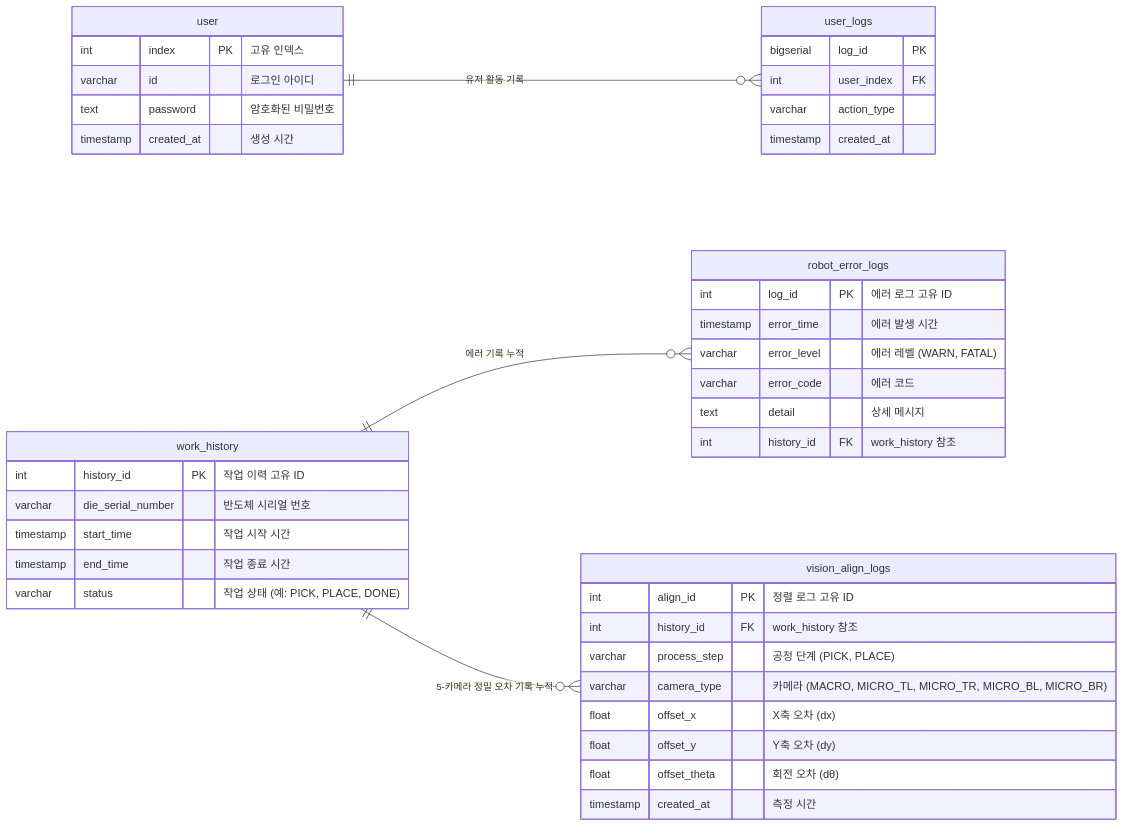
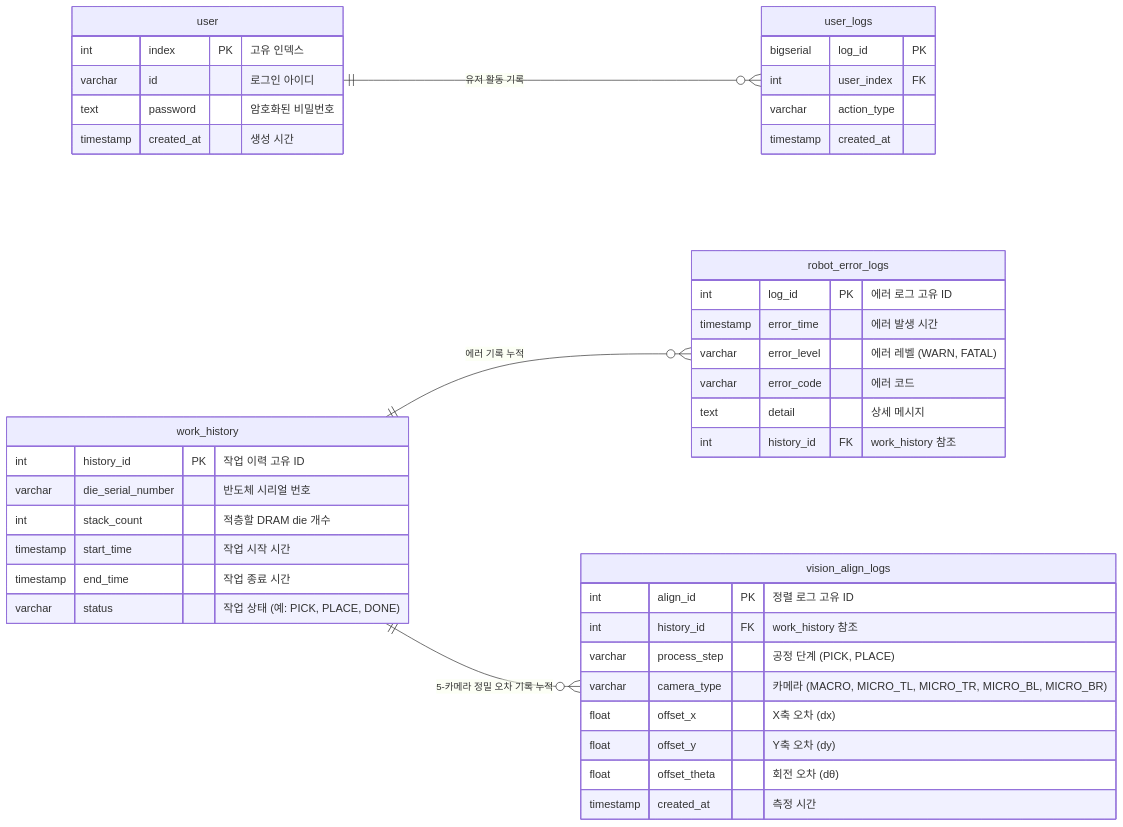
The diagram in docs/db_table.md (Tae-Geon-Kim/INHA-Ros2-Vision-Die-Bonder-Sim), drawn with Mermaid before and after one commit. The commit also changed 39 other files, not shown here.

````diff
--- a/docs/db_table.md
+++ b/docs/db_table.md
@@ -1,49 +1,50 @@
 ```mermaid
 erDiagram
 	direction LR
 	user {
 		int index PK "고유 인덱스"  
 		varchar id  "로그인 아이디"  
 		text password  "암호화된 비밀번호"  
 		timestamp created_at  "생성 시간"  
 	}
 
 	user_logs {
 		bigserial log_id PK ""  
 		int user_index FK ""  
 		varchar action_type  ""  
 		timestamp created_at  ""  
 	}
 
 	work_history {
 		int history_id PK "작업 이력 고유 ID"  
 		varchar die_serial_number  "반도체 시리얼 번호"  
+		int stack_count  "적층할 DRAM die 개수"
 		timestamp start_time  "작업 시작 시간"  
 		timestamp end_time  "작업 종료 시간"  
 		varchar status  "작업 상태 (예: PICK, PLACE, DONE)"  
 	}
 
 	robot_error_logs {
 		int log_id PK "에러 로그 고유 ID"  
 		timestamp error_time  "에러 발생 시간"  
 		varchar error_level  "에러 레벨 (WARN, FATAL)"  
 		varchar error_code  "에러 코드"  
 		text detail  "상세 메시지"  
 		int history_id FK "work_history 참조"  
 	}
 
 	vision_align_logs {
 		int align_id PK "정렬 로그 고유 ID"  
 		int history_id FK "work_history 참조"  
 		varchar process_step  "공정 단계 (PICK, PLACE)"  
 		varchar camera_type  "카메라 (MACRO, MICRO_TL, MICRO_TR, MICRO_BL, MICRO_BR)"  
 		float offset_x  "X축 오차 (dx)"  
 		float offset_y  "Y축 오차 (dy)"  
 		float offset_theta  "회전 오차 (dθ)"  
 		timestamp created_at  "측정 시간"  
 	}
 
 	user||--o{user_logs:"유저 활동 기록"
 	work_history||--o{robot_error_logs:"에러 기록 누적"
 	work_history||--o{vision_align_logs:"5-카메라 정밀 오차 기록 누적"
 ```
````
